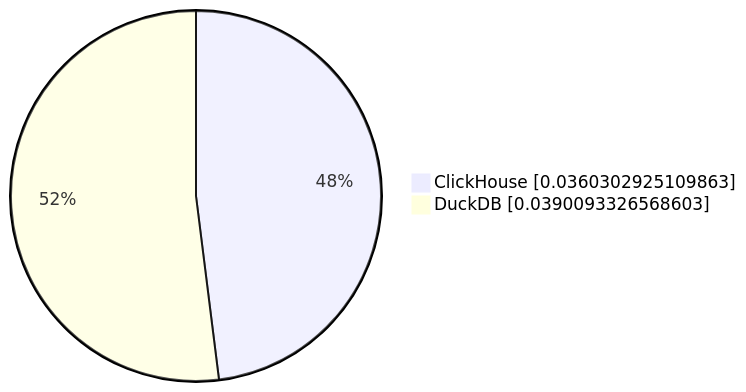
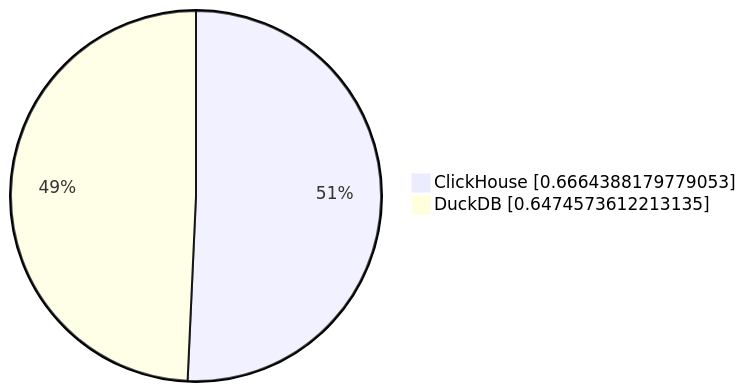
One commit to Altinity/clickhouse-regression changed the eighth of 10 diagrams in parquet/performance/results/README.md. Above: the diagram before and after it, drawn with Mermaid. The commit also changed other lines of this file and 4 other files, not shown here.

````diff
--- a/parquet/performance/results/README.md
+++ b/parquet/performance/results/README.md
@@ -78,5 +80,5 @@
 ```mermaid
      pie showData
-         "ClickHouse" : 0.0360302925109863
-         "DuckDB" : 0.0390093326568603
+         "ClickHouse" : 0.6664388179779053
+         "DuckDB" : 0.6474573612213135
 ```
````
